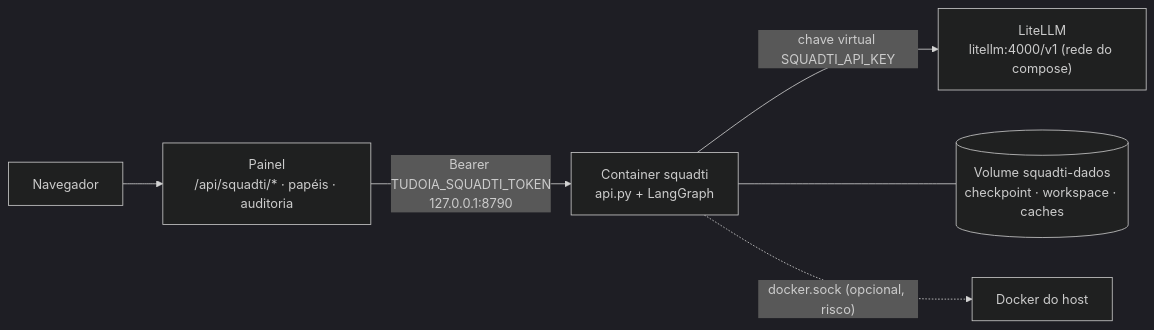
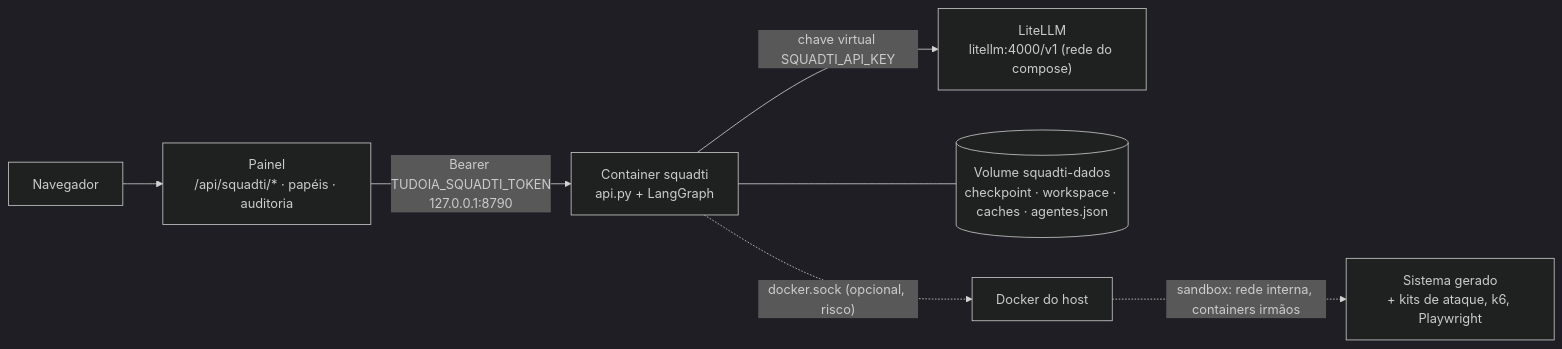
Before and after one commit to tudoemcodigo/TudoIA: the first of 2 diagrams in docs/componentes/squadti.md, drawn with Mermaid (dark theme). The commit also changed other lines of this file and 31 other files, not shown here.

````diff
--- a/docs/componentes/squadti.md
+++ b/docs/componentes/squadti.md
@@ -37,8 +39,9 @@
 ```mermaid
 flowchart LR
     N[Navegador] --> P["Painel<br/>/api/squadti/* · papéis · auditoria"]
     P -->|"Bearer TUDOIA_SQUADTI_TOKEN<br/>127.0.0.1:8790"| S["Container squadti<br/>api.py + LangGraph"]
     S -->|"chave virtual SQUADTI_API_KEY"| L["LiteLLM<br/>litellm:4000/v1 (rede do compose)"]
-    S --- V[("Volume squadti-dados<br/>checkpoint · workspace · caches")]
+    S --- V[("Volume squadti-dados<br/>checkpoint · workspace · caches · agentes.json")]
     S -. "docker.sock (opcional, risco)" .-> D[Docker do host]
+    D -. "sandbox: rede interna, containers irmãos" .-> T["Sistema gerado<br/>+ kits de ataque, k6, Playwright"]
 ```
````
